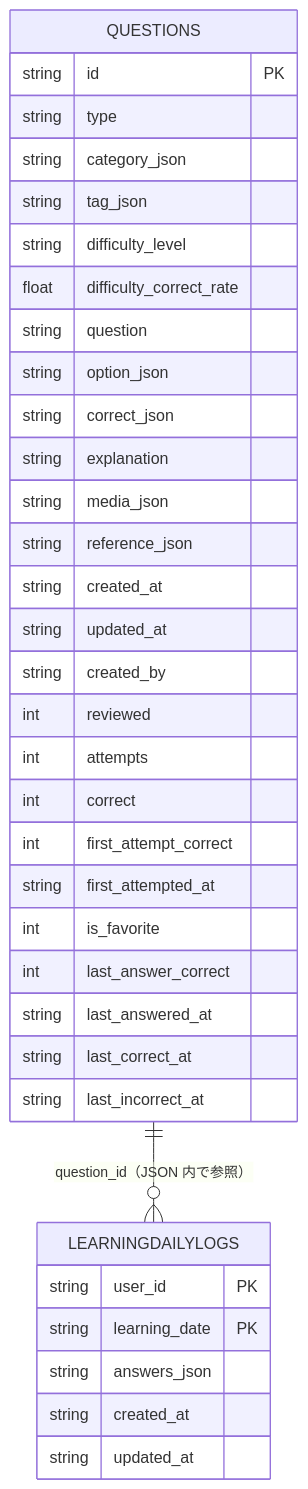
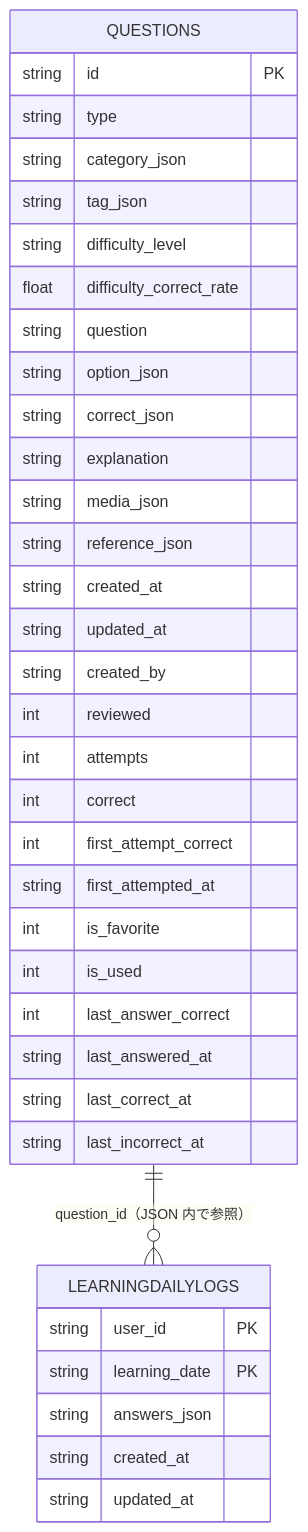
The diagram in docs/sqlite_schema.md (kokiSAT0/AnesQuizAdmin), drawn with Mermaid before and after one commit. The commit also changed other lines of this file and 5 other files, not shown here.

````diff
--- a/docs/sqlite_schema.md
+++ b/docs/sqlite_schema.md
@@ -3,41 +3,42 @@
 ```mermaid
 erDiagram
     QUESTIONS {
       string  id PK
       string  type
       string  category_json
       string  tag_json
       string  difficulty_level
       float   difficulty_correct_rate
       string  question
       string  option_json
       string  correct_json
       string  explanation
       string  media_json
       string  reference_json
       string  created_at
       string  updated_at
       string  created_by
       int     reviewed
       int     attempts
       int     correct
       int     first_attempt_correct
       string  first_attempted_at
       int     is_favorite
+      int     is_used
       int     last_answer_correct
       string  last_answered_at
       string  last_correct_at
       string  last_incorrect_at
     }
 
     LEARNINGDAILYLOGS {
       string  user_id PK
       string  learning_date PK
       string  answers_json
       string  created_at
       string  updated_at
     }
 
     QUESTIONS ||--o{ LEARNINGDAILYLOGS : "question_id（JSON 内で参照）"
 
 ```
````
